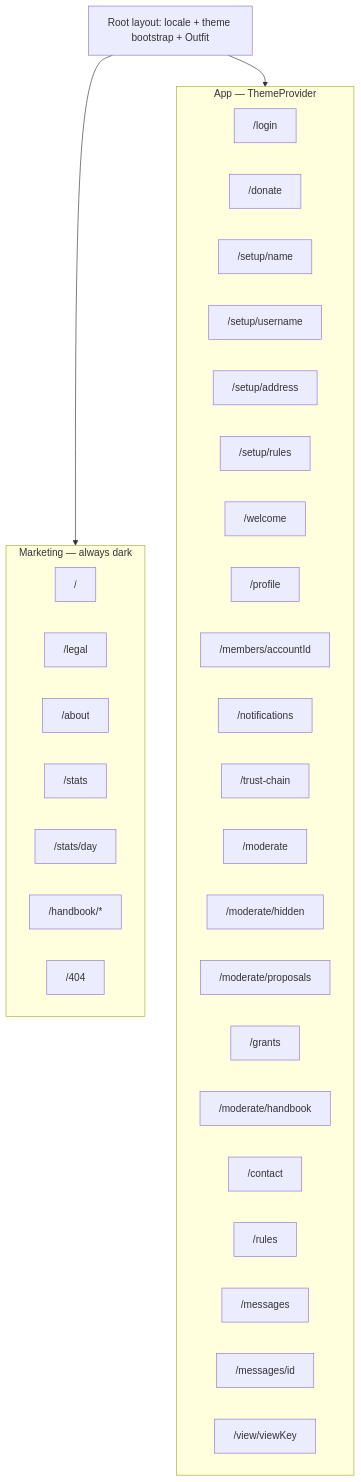
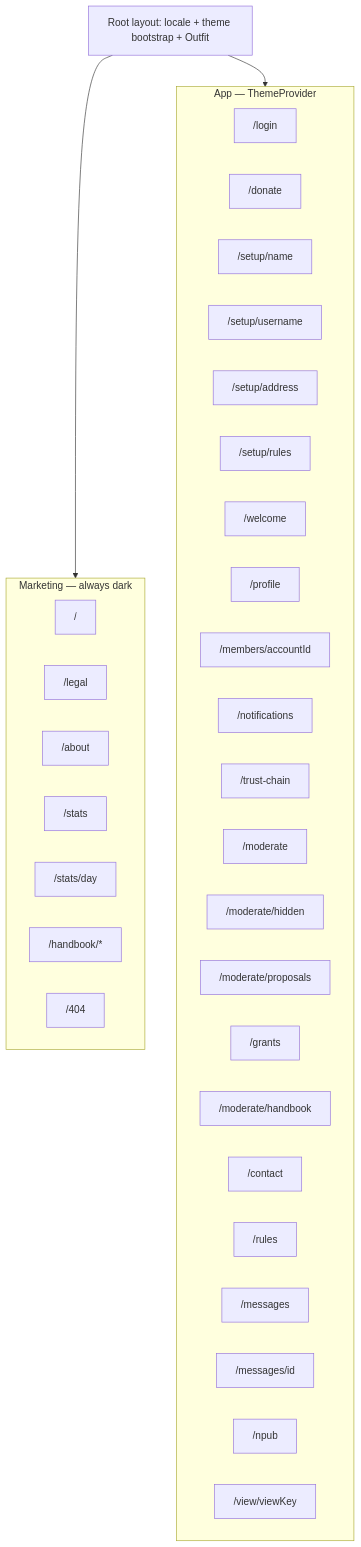
The second of 3 diagrams in docs/ui.md (21gifts/app), drawn with Mermaid before and after one commit. The commit also changed other lines of this file and 82 other files, not shown here.

````diff
--- a/docs/ui.md
+++ b/docs/ui.md
@@ -357,38 +357,39 @@
 ```mermaid
 flowchart TB
   subgraph mkt [Marketing — always dark]
     R["/"]
     L["/legal"]
     A["/about"]
     S["/stats"]
     SD["/stats/day"]
     H["/handbook/*"]
     F["/404"]
   end
   subgraph app [App — ThemeProvider]
     LI["/login"]
     DO["/donate"]
     SN["/setup/name"]
     SU["/setup/username"]
     SA["/setup/address"]
     SR["/setup/rules"]
     W["/welcome"]
     P["/profile"]
     MEM["/members/accountId"]
     N["/notifications"]
     TC["/trust-chain"]
     MO["/moderate"]
     MOH["/moderate/hidden"]
     MOP["/moderate/proposals"]
     GR["/grants"]
     MOHB["/moderate/handbook"]
     C["/contact"]
     RU["/rules"]
     IN["/messages"]
     MID["/messages/id"]
+    NP["/npub"]
     V["/view/viewKey"]
   end
   root[Root layout: locale + theme bootstrap + Outfit]
   root --> mkt
   root --> app
 ```
````
